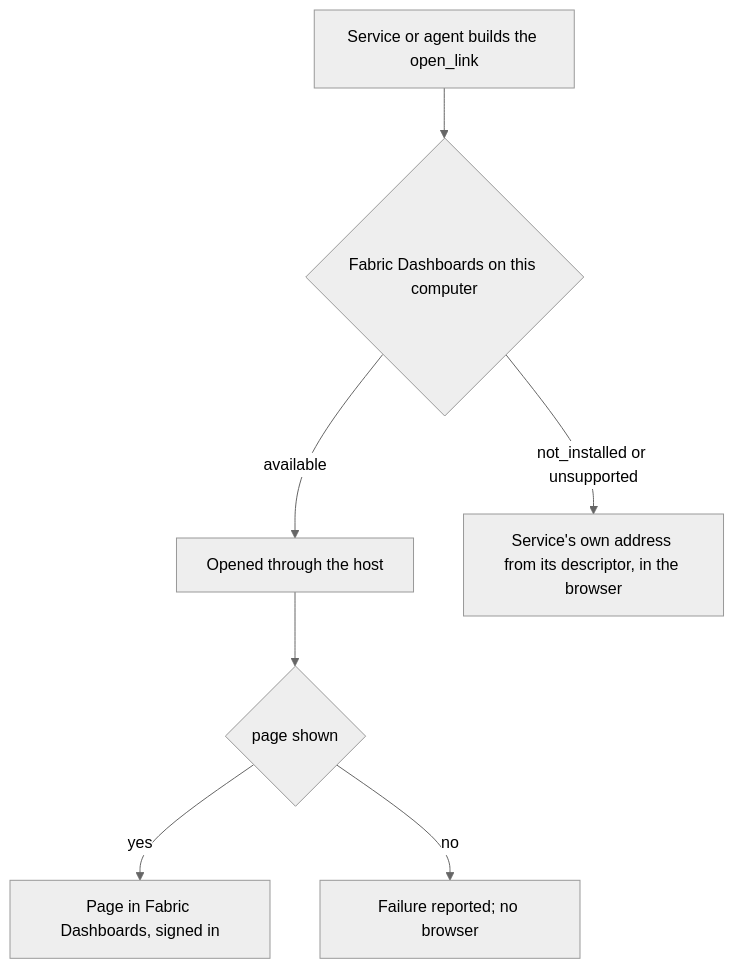
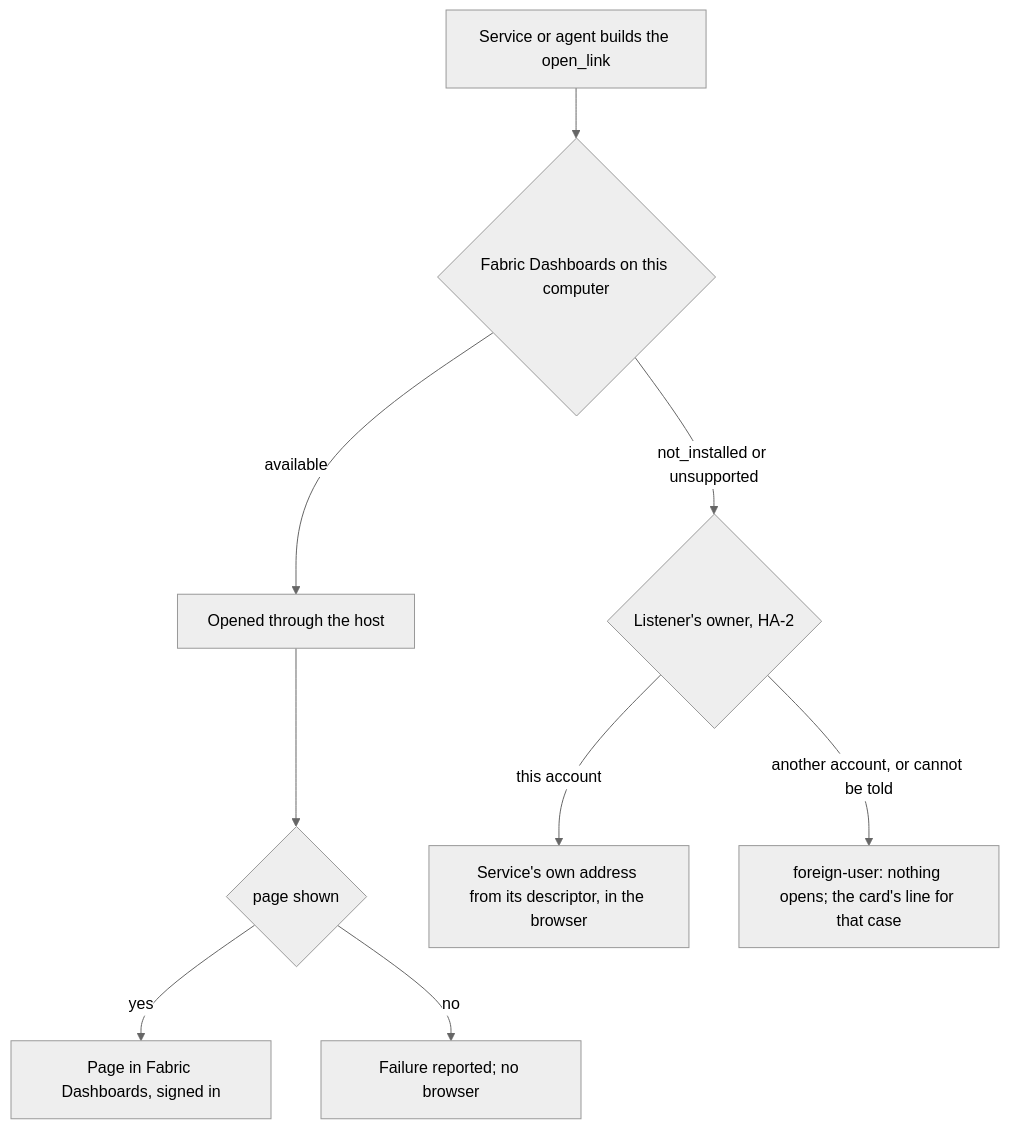
Diagram 30 of 34 in docs/ux/flows.md (passioncode-ai/fabric-agent-contract), drawn with Mermaid (neutral theme) before and after one commit. The commit also changed other lines of this file and 14 other files, not shown here.

First line of the commit message:
DEC-0154 round 6: PL-3's owner check in the UX, the claim rebuilt by the service from its descriptors or own state

````diff
--- a/docs/ux/flows.md
+++ b/docs/ux/flows.md
@@ -778,9 +778,11 @@
 ```mermaid
 flowchart TD
   L[Service or agent builds the open_link] --> S{Fabric Dashboards on this computer}
   S -->|available| O[Opened through the host]
   O --> P{page shown}
   P -->|yes| D[Page in Fabric Dashboards, signed in]
   P -->|no| F[Failure reported; no browser]
-  S -->|not_installed or unsupported| B[Service's own address from its descriptor, in the browser]
+  S -->|not_installed or unsupported| W{Listener's owner, HA-2}
+  W -->|this account| B[Service's own address from its descriptor, in the browser]
+  W -->|another account, or cannot be told| N[foreign-user: nothing opens; the card's line for that case]
 ```
````
